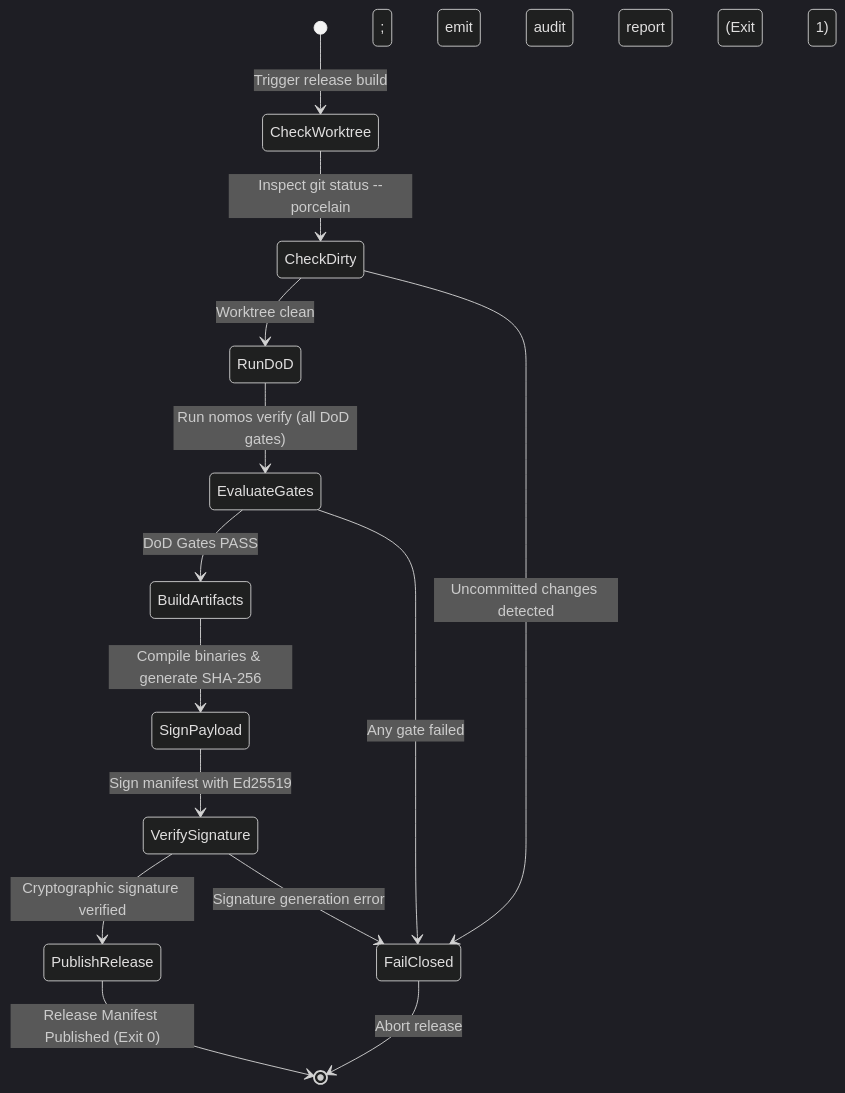
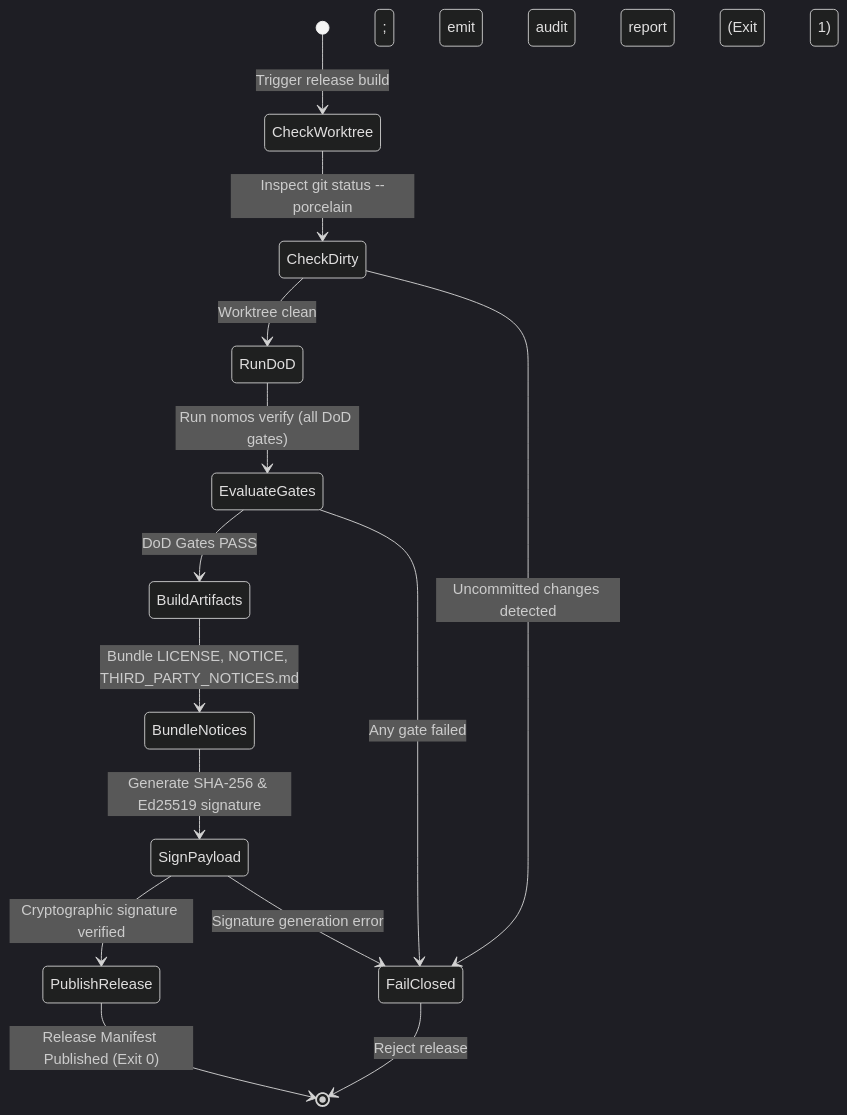
The diagram in intent/architecture/specs/core/open_core_license_spec.md (mgantlett/nomos), drawn with Mermaid (dark theme) before and after one commit. The commit also changed other lines of this file, not shown here.

First line of the commit message:
[INT-920] docs(intent): harden open-core legal notices, DCO provenance, and...

````diff
--- a/intent/architecture/specs/core/open_core_license_spec.md
+++ b/intent/architecture/specs/core/open_core_license_spec.md
@@ -85,25 +92,25 @@
 ```mermaid
 stateDiagram-v2
     [*] --> CheckWorktree: Trigger release build
     CheckWorktree --> CheckDirty: Inspect git status --porcelain
     
     state CheckDirty <<choice>>
     CheckDirty --> RunDoD: Worktree clean
     CheckDirty --> FailClosed: Uncommitted changes detected
 
     RunDoD --> EvaluateGates: Run nomos verify (all DoD gates)
     
     state EvaluateGates <<choice>>
     EvaluateGates --> BuildArtifacts: DoD Gates PASS
     EvaluateGates --> FailClosed: Any gate failed
 
-    BuildArtifacts --> SignPayload: Compile binaries & generate SHA-256
-    SignPayload --> VerifySignature: Sign manifest with Ed25519
+    BuildArtifacts --> BundleNotices: Bundle LICENSE, NOTICE, THIRD_PARTY_NOTICES.md
+    BundleNotices --> SignPayload: Generate SHA-256 & Ed25519 signature
     
-    state VerifySignature <<choice>>
-    VerifySignature --> PublishRelease: Cryptographic signature verified
-    VerifySignature --> FailClosed: Signature generation error
+    state SignPayload <<choice>>
+    SignPayload --> PublishRelease: Cryptographic signature verified
+    SignPayload --> FailClosed: Signature generation error
 
     PublishRelease --> [*]: Release Manifest Published (Exit 0)
-    FailClosed --> [*]: Abort release; emit audit report (Exit 1)
+    FailClosed --> [*]: Reject release; emit audit report (Exit 1)
 ```
````
